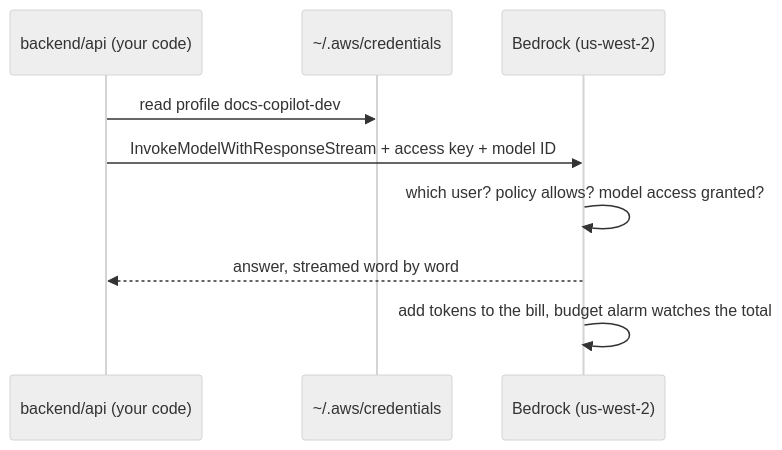
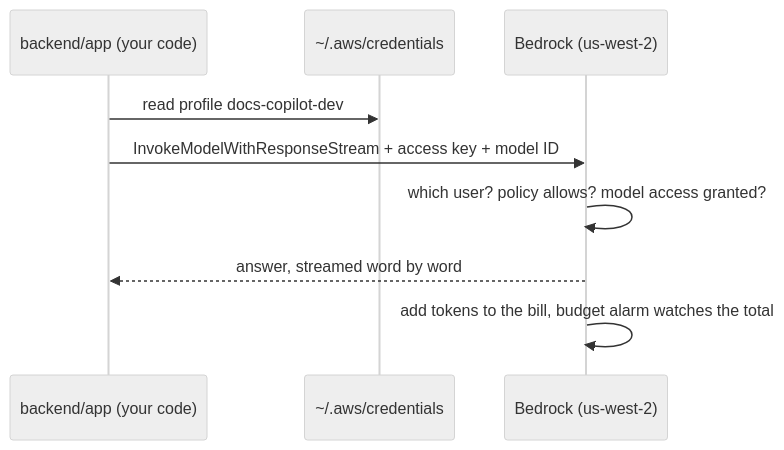
The second of 2 diagrams in docs/learning/aws.md (yashzord/Docs_Copilot), drawn with Mermaid (neutral theme) before and after one commit. The commit also changed other lines of this file and 17 other files, not shown here.

Commit message:
feat(api): stream Bedrock chat over SSE; flat backend layout; project brief

````diff
--- a/docs/learning/aws.md
+++ b/docs/learning/aws.md
@@ -161,11 +165,11 @@
 ```mermaid
 sequenceDiagram
-    participant C as backend/api (your code)
+    participant C as backend/app (your code)
     participant F as ~/.aws/credentials
     participant B as Bedrock (us-west-2)
     C->>F: read profile docs-copilot-dev
     C->>B: InvokeModelWithResponseStream + access key + model ID
     B->>B: which user? policy allows? model access granted?
     B-->>C: answer, streamed word by word
     B->>B: add tokens to the bill, budget alarm watches the total
 ```
````
